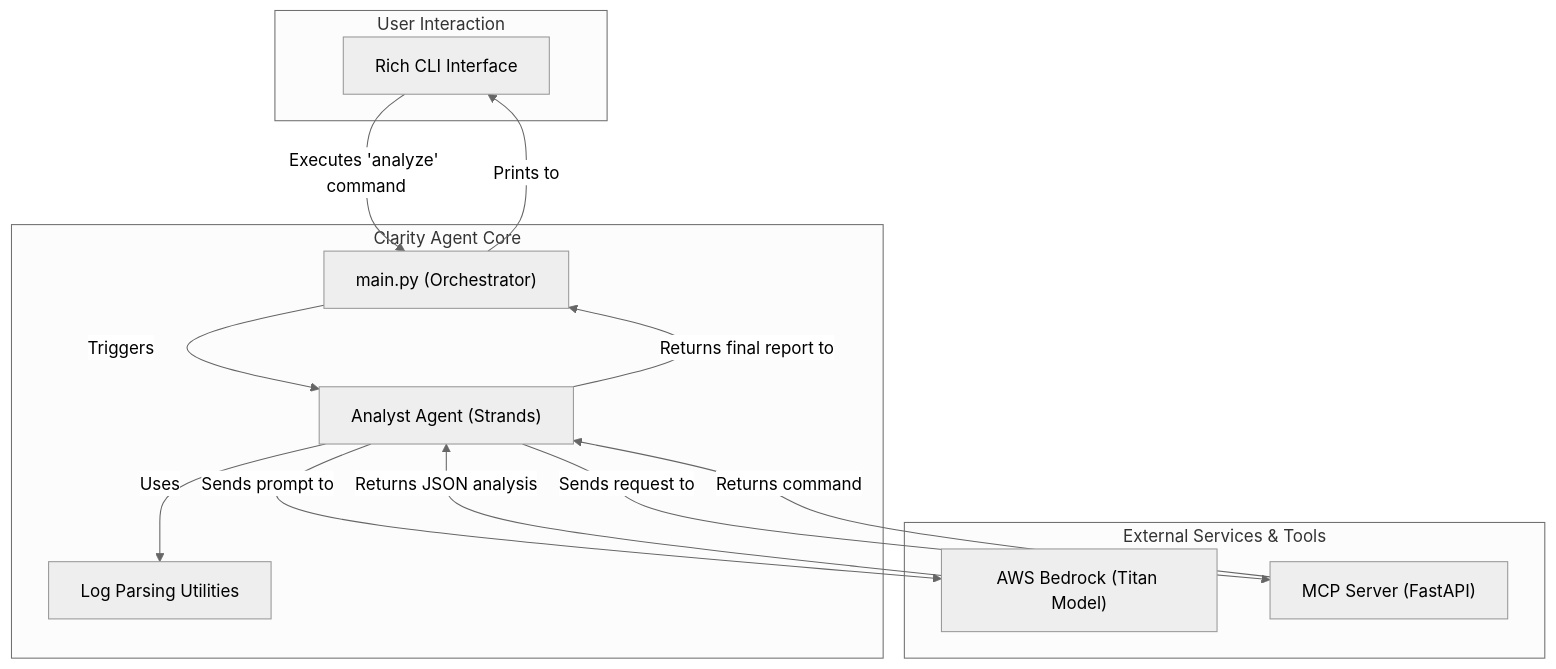
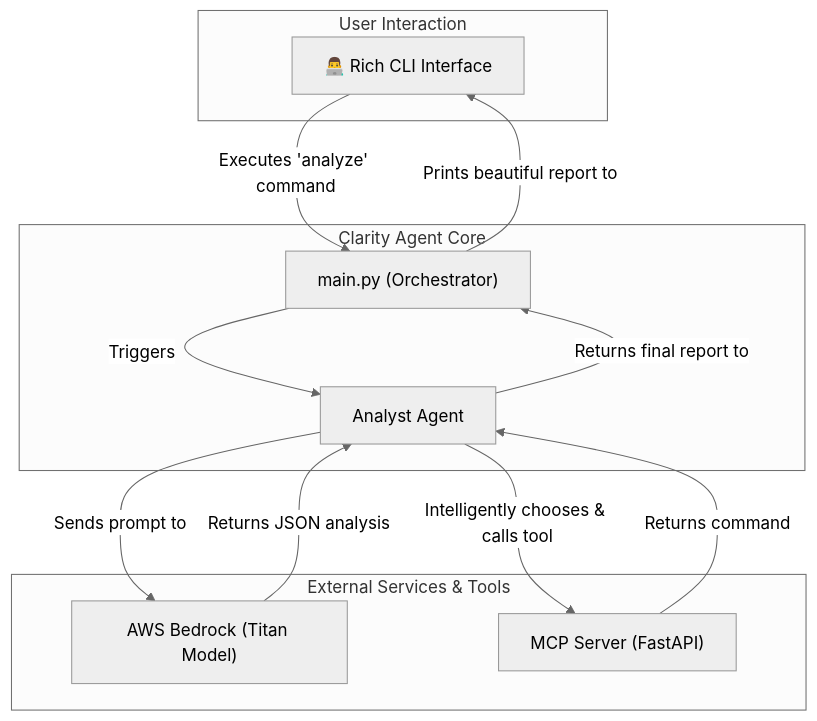
The diagram in README.md (kp183/clarity-agent), drawn with Mermaid (neutral theme) before and after one commit. The commit also changed other lines of this file and 2 other files, not shown here.

````diff
--- a/README.md
+++ b/README.md
@@ -44,27 +29,25 @@
 ```mermaid
 graph TD
     subgraph User Interaction
-        CLI[Rich CLI Interface]
+        CLI[👨‍💻 Rich CLI Interface]
     end
 
     subgraph Clarity Agent Core
         Orchestrator["main.py (Orchestrator)"]
-        Analyst["Analyst Agent (Strands)"]
-        Parser["Log Parsing Utilities"]
+        Analyst["Analyst Agent"]
     end
 
     subgraph External Services & Tools
         Bedrock["AWS Bedrock (Titan Model)"]
-        MCP["MCP Server (FastAPI)"]
+        MCPServer["MCP Server (FastAPI)"]
     end
 
     CLI -- "Executes 'analyze' command" --> Orchestrator
     Orchestrator -- "Triggers" --> Analyst
-    Analyst -- "Uses" --> Parser
     Analyst -- "Sends prompt to" --> Bedrock
     Bedrock -- "Returns JSON analysis" --> Analyst
-    Analyst -- "Sends request to" --> MCP
-    MCP -- "Returns command" --> Analyst
+    Analyst -- "Intelligently chooses & calls tool" --> MCPServer
+    MCPServer -- "Returns command" --> Analyst
     Analyst -- "Returns final report to" --> Orchestrator
-    Orchestrator -- "Prints to" --> CLI
+    Orchestrator -- "Prints beautiful report to" --> CLI
 ```
````
